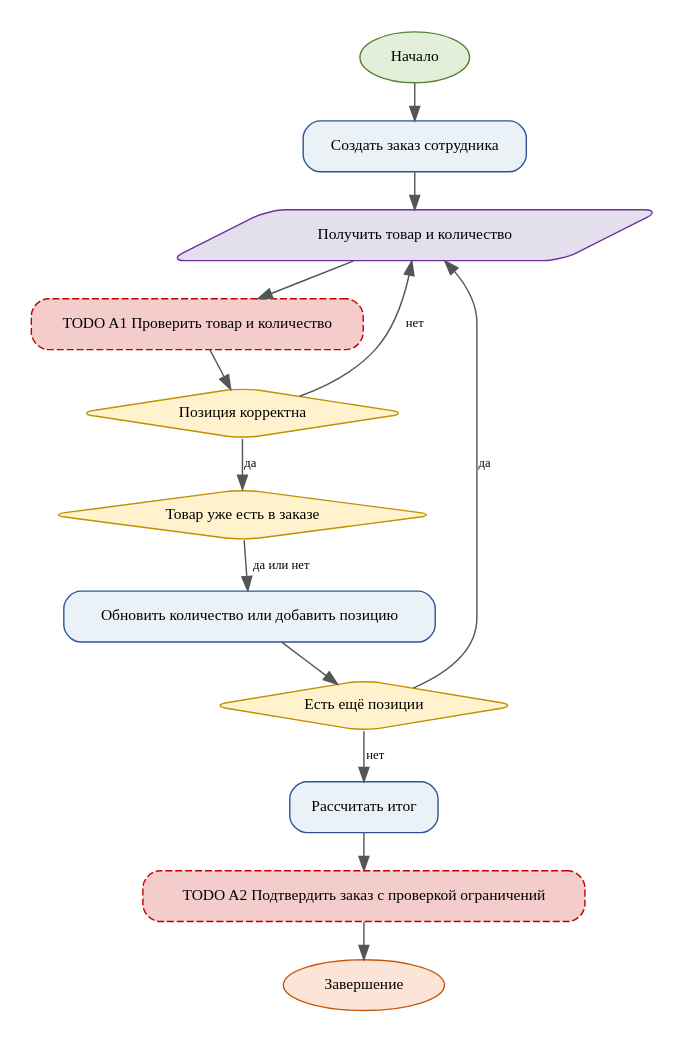
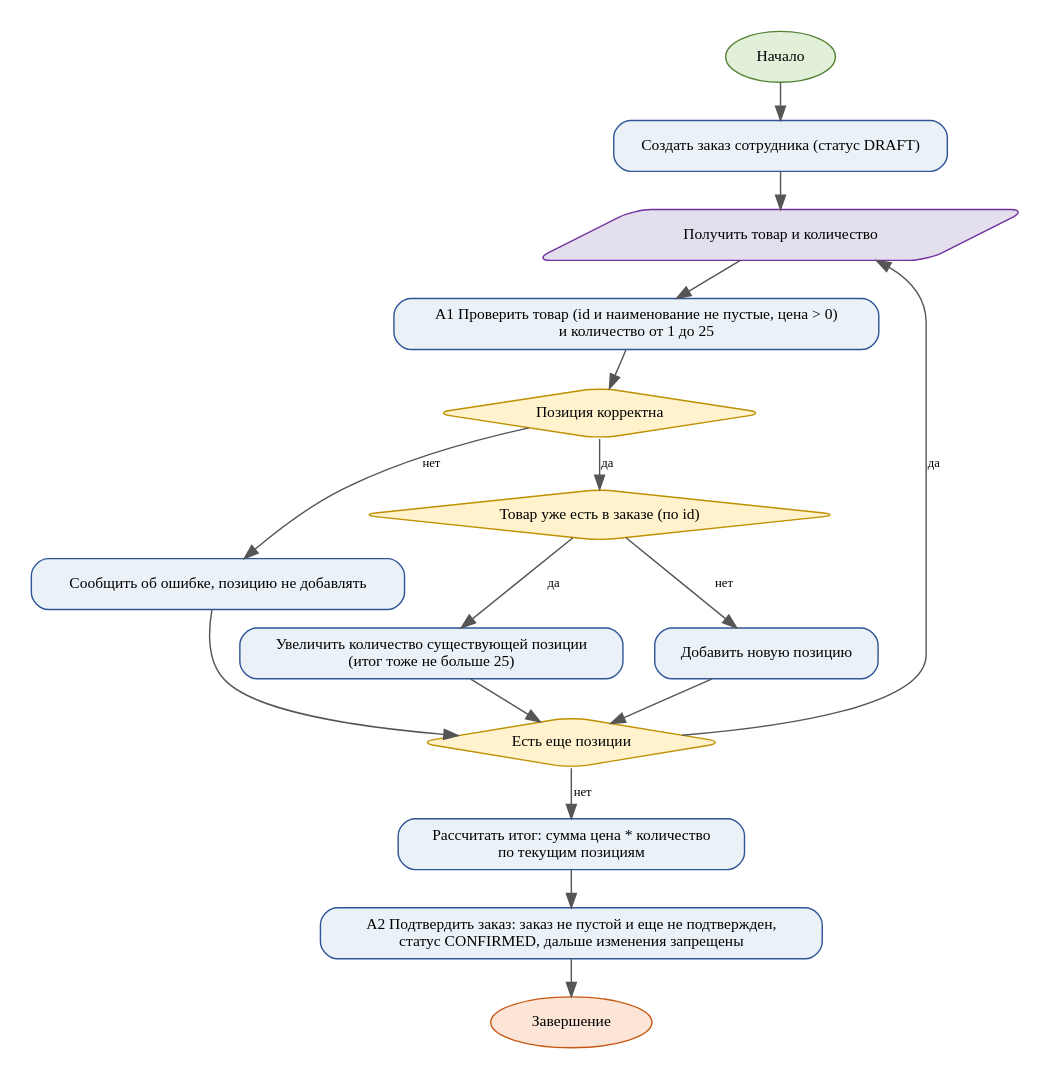
The diagram in diagrams/activity.dot (svpeditor/pr7-klimashevskiy-da), drawn with Graphviz before and after one commit. The commit also changed 3 other files, not shown here.

Commit message:
Диаграммы activity и классов для итогового решения

```diff
--- a/diagrams/activity.dot
+++ b/diagrams/activity.dot
@@ -1,28 +1,33 @@
 digraph G {
-graph [rankdir=TB, bgcolor="white", pad=0.2, nodesep=0.25, ranksep=0.35];
+graph [rankdir=TB, bgcolor="white", pad=0.2, nodesep=0.3, ranksep=0.35];
 node [shape=box, style="rounded,filled", fontname="Times New Roman", fontsize=11, color="#2F5597", fillcolor="#EAF2F8", margin="0.12,0.08"];
 edge [fontname="Times New Roman", fontsize=9, color="#555555"];
 start [label="Начало", shape=oval, fillcolor="#E2F0D9", color="#548235"];
 end [label="Завершение", shape=oval, fillcolor="#FCE4D6", color="#C65911"];
-n1 [label="Создать заказ сотрудника" ];
+n1 [label="Создать заказ сотрудника (статус DRAFT)" ];
 n2 [label="Получить товар и количество" ,shape=parallelogram,fillcolor="#E4DFEC",color="#7030A0"];
-n3 [label="TODO A1 Проверить товар и количество" ,fillcolor="#F4CCCC",color="#C00000",style="rounded,dashed,filled"];
+n3 [label="A1 Проверить товар (id и наименование не пустые, цена > 0)\nи количество от 1 до 25" ];
 n4 [label="Позиция корректна" ,shape=diamond,fillcolor="#FFF2CC",color="#BF9000"];
-n5 [label="Товар уже есть в заказе" ,shape=diamond,fillcolor="#FFF2CC",color="#BF9000"];
-n6 [label="Обновить количество или добавить позицию" ];
-n7 [label="Есть ещё позиции" ,shape=diamond,fillcolor="#FFF2CC",color="#BF9000"];
-n8 [label="Рассчитать итог" ];
-n9 [label="TODO A2 Подтвердить заказ с проверкой ограничений" ,fillcolor="#F4CCCC",color="#C00000",style="rounded,dashed,filled"];
+nerr [label="Сообщить об ошибке, позицию не добавлять" ];
+n5 [label="Товар уже есть в заказе (по id)" ,shape=diamond,fillcolor="#FFF2CC",color="#BF9000"];
+n6a [label="Увеличить количество существующей позиции\n(итог тоже не больше 25)" ];
+n6b [label="Добавить новую позицию" ];
+n7 [label="Есть еще позиции" ,shape=diamond,fillcolor="#FFF2CC",color="#BF9000"];
+n8 [label="Рассчитать итог: сумма цена * количество\nпо текущим позициям" ];
+n9 [label="A2 Подтвердить заказ: заказ не пустой и еще не подтвержден,\nстатус CONFIRMED, дальше изменения запрещены" ];
 start -> n1;
 n1 -> n2;
 n2 -> n3;
 n3 -> n4;
 n4 -> n5 [label="да"];
-n4 -> n2 [label="нет"];
-n5 -> n6 [label="да или нет"];
-n6 -> n7;
+n4 -> nerr [label="нет"];
+nerr -> n7;
+n5 -> n6a [label="да"];
+n5 -> n6b [label="нет"];
+n6a -> n7;
+n6b -> n7;
 n7 -> n2 [label="да"];
 n7 -> n8 [label="нет"];
 n8 -> n9;
 n9 -> end;
 }
```
